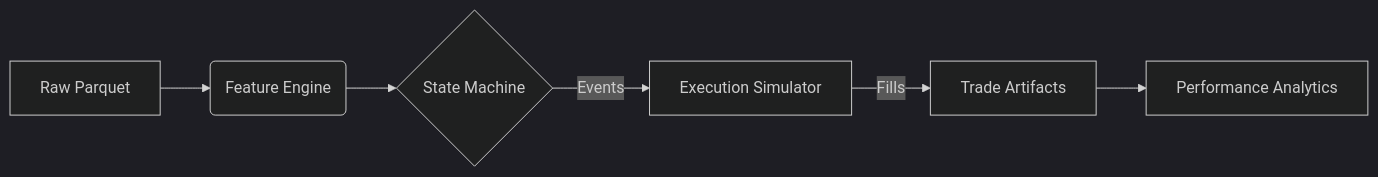
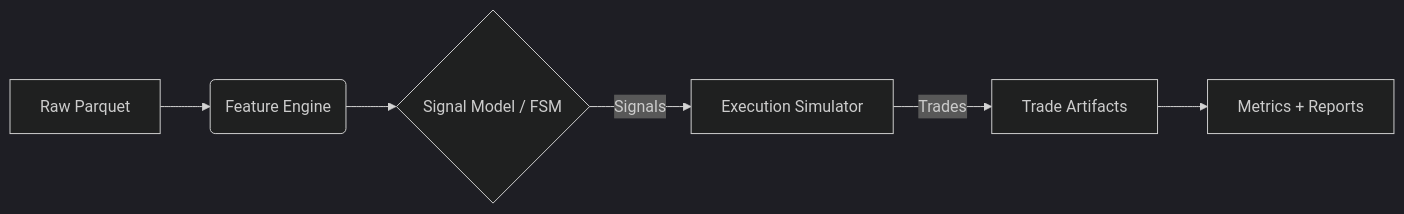
One commit to sukesan7/meridian changed the diagram in README.md. Above: the diagram before and after it, drawn with Mermaid (dark theme). The commit also changed other lines of this file and 11 other files, not shown here.

````diff
--- a/README.md
+++ b/README.md
@@ -28,8 +30,8 @@
 ```mermaid
 graph LR
     A[Raw Parquet] --> B(Feature Engine)
-    B --> C{State Machine}
-    C -->|Events| D[Execution Simulator]
-    D -->|Fills| E[Trade Artifacts]
-    E --> F[Performance Analytics]
+    B --> C{Signal Model / FSM}
+    C -->|Signals| D[Execution Simulator]
+    D -->|Trades| E[Trade Artifacts]
+    E --> F[Metrics + Reports]
 ```
````
